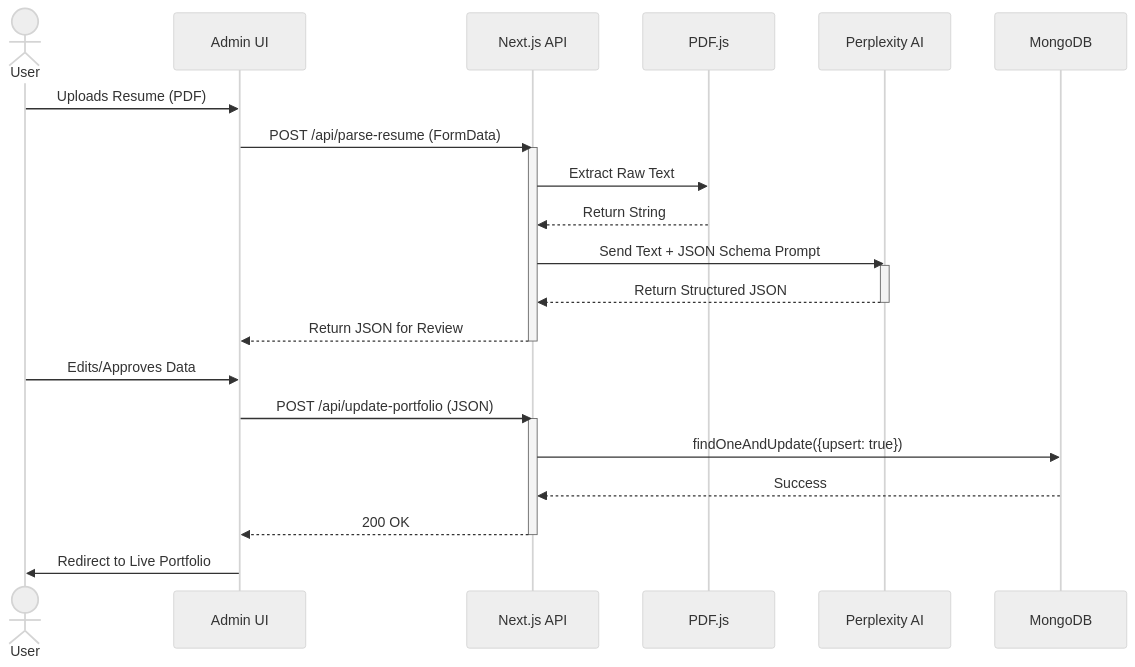
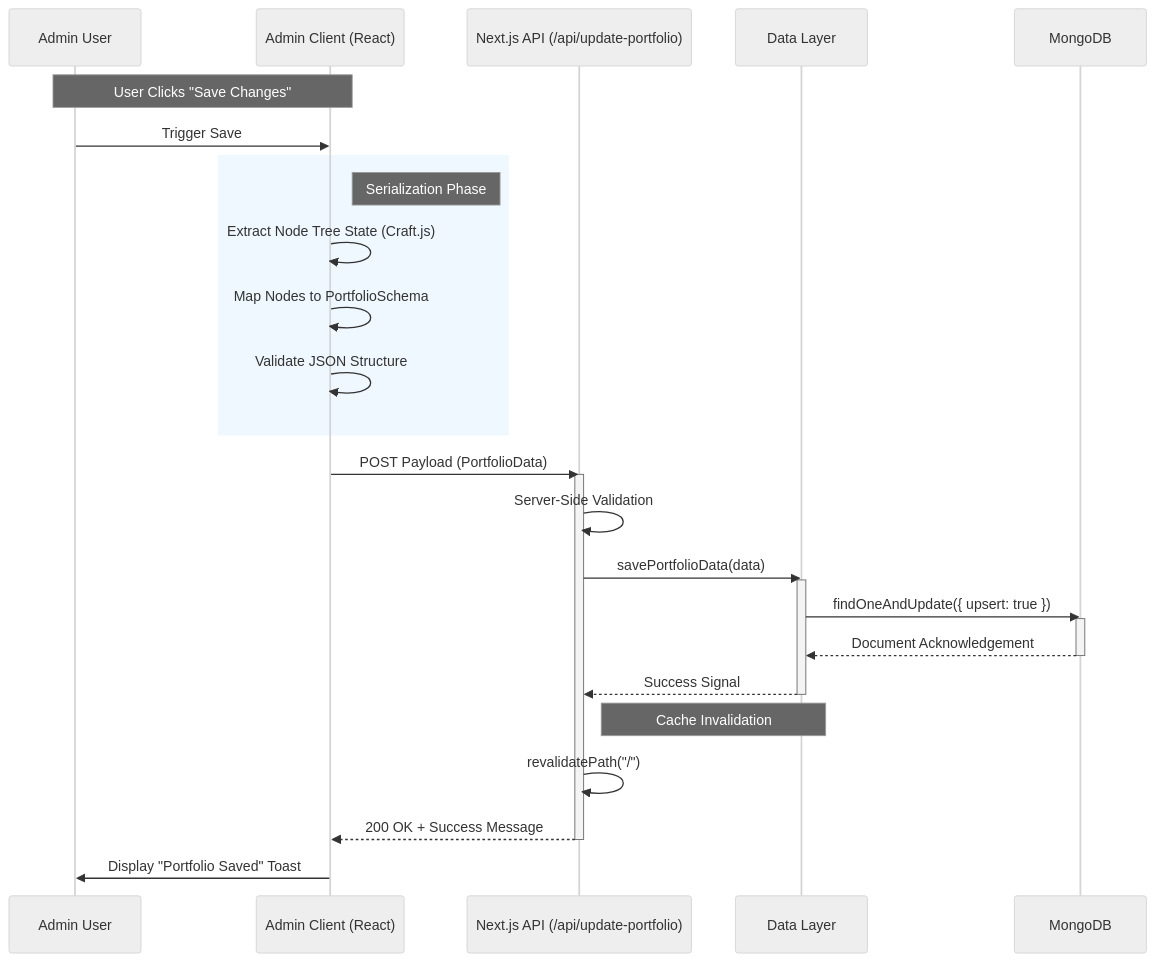
One commit to AbhivirSingh/Resfolio changed the second of 2 diagrams in README.md. Above: the diagram before and after it, drawn with Mermaid (neutral theme). The commit also changed other lines of this file and 43 other files, not shown here.

First line of the commit message:
feat(admin): enhance resume builder with interactive social links and persistence logic

````diff
--- a/README.md
+++ b/README.md
@@ -123,36 +78,43 @@
 ```mermaid
 sequenceDiagram
-    actor User
-    participant Client as Admin UI
-    participant API as Next.js API
-    participant PDF as PDF.js
-    participant LLM as Perplexity AI
+    participant User as Admin User
+    participant Editor as Admin Client (React)
+    participant API as Next.js API (/api/update-portfolio)
+    participant DAL as Data Layer
     participant DB as MongoDB
 
-    User->>Client: Uploads Resume (PDF)
-    Client->>API: POST /api/parse-resume (FormData)
+    Note over User, Editor: User Clicks "Save Changes"
+
+    User->>Editor: Trigger Save
+    
+    rect rgb(240, 248, 255)
+        note right of Editor: Serialization Phase
+        Editor->>Editor: Extract Node Tree State (Craft.js)
+        Editor->>Editor: Map Nodes to PortfolioSchema
+        Editor->>Editor: Validate JSON Structure
+    end
+
+    Editor->>API: POST Payload (PortfolioData)
     activate API
     
-    API->>PDF: Extract Raw Text
-    PDF-->>API: Return String
+    API->>API: Server-Side Validation
     
-    API->>LLM: Send Text + JSON Schema Prompt
-    activate LLM
-    LLM-->>API: Return Structured JSON
-    deactivate LLM
+    API->>DAL: savePortfolioData(data)
+    activate DAL
     
-    API-->>Client: Return JSON for Review
+    DAL->>DB: findOneAndUpdate({ upsert: true })
+    activate DB
+    DB-->>DAL: Document Acknowledgement
+    deactivate DB
+    
+    DAL-->>API: Success Signal
+    deactivate DAL
+
+    Note right of API: Cache Invalidation
+    API->>API: revalidatePath("/")
+    
+    API-->>Editor: 200 OK + Success Message
     deactivate API
-    
-    User->>Client: Edits/Approves Data
-    Client->>API: POST /api/update-portfolio (JSON)
-    activate API
-    
-    API->>DB: findOneAndUpdate({upsert: true})
-    DB-->>API: Success
-    
-    API-->>Client: 200 OK
-    deactivate API
-    
-    Client->>User: Redirect to Live Portfolio
+
+    Editor->>User: Display "Portfolio Saved" Toast
 ```
````
